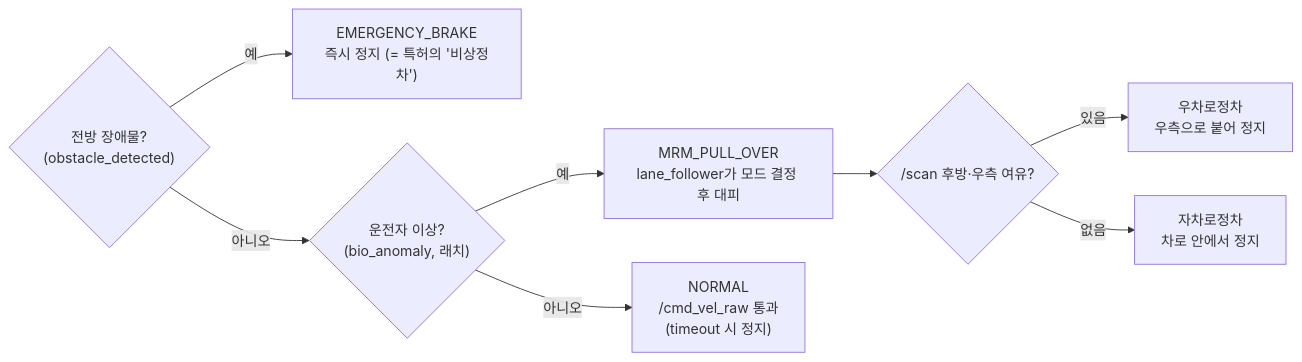
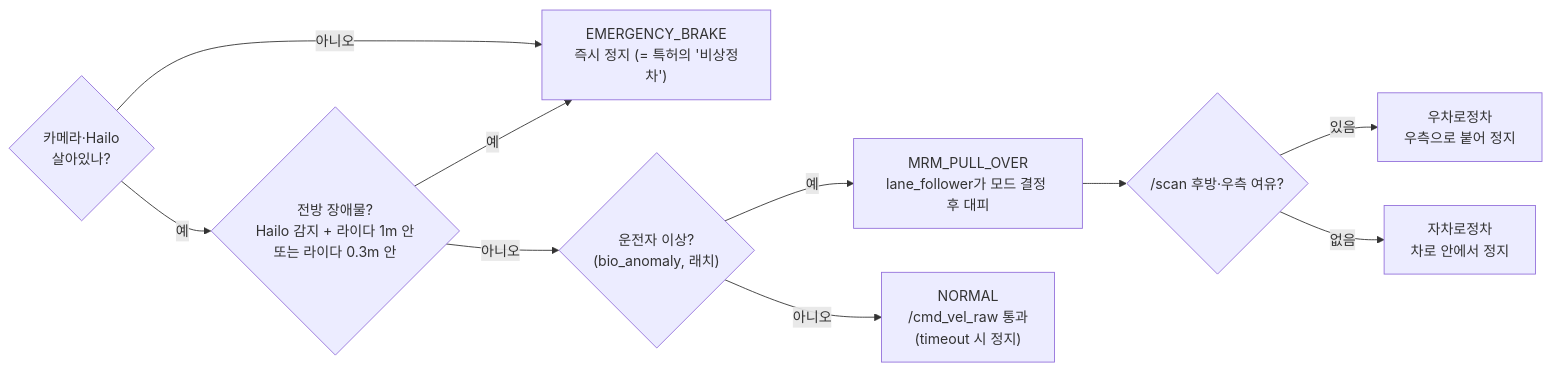
The second of 2 diagrams in docs/ARCHITECTURE.md (seungwp/2026_CDP), drawn with Mermaid before and after one commit. The commit also changed other lines of this file and 6 other files, not shown here.

First line of the commit message:
feat(control): 카메라+라이다 장애물 퓨전 + 인지 끊김 fail-safe, /scan QoS 버그 수정

````diff
--- a/docs/ARCHITECTURE.md
+++ b/docs/ARCHITECTURE.md
@@ -113,10 +113,12 @@
 ```mermaid
 flowchart LR
-    A{"전방 장애물?<br/>(obstacle_detected)"} -- 예 --> E["EMERGENCY_BRAKE<br/>즉시 정지 (= 특허의 '비상정차')"]
+    P{"카메라·Hailo<br/>살아있나?"} -- 아니오 --> E["EMERGENCY_BRAKE<br/>즉시 정지 (= 특허의 '비상정차')"]
+    P -- 예 --> A{"전방 장애물?<br/>Hailo 감지 + 라이다 1m 안<br/>또는 라이다 0.3m 안"}
+    A -- 예 --> E
     A -- 아니오 --> B{"운전자 이상?<br/>(bio_anomaly, 래치)"}
     B -- 예 --> M["MRM_PULL_OVER<br/>lane_follower가 모드 결정 후 대피"]
     B -- 아니오 --> N["NORMAL<br/>/cmd_vel_raw 통과<br/>(timeout 시 정지)"]
     M --> M2{"/scan 후방·우측 여유?"}
     M2 -- 있음 --> M3["우차로정차<br/>우측으로 붙어 정지"]
     M2 -- 없음 --> M4["자차로정차<br/>차로 안에서 정지"]
 ```
````
